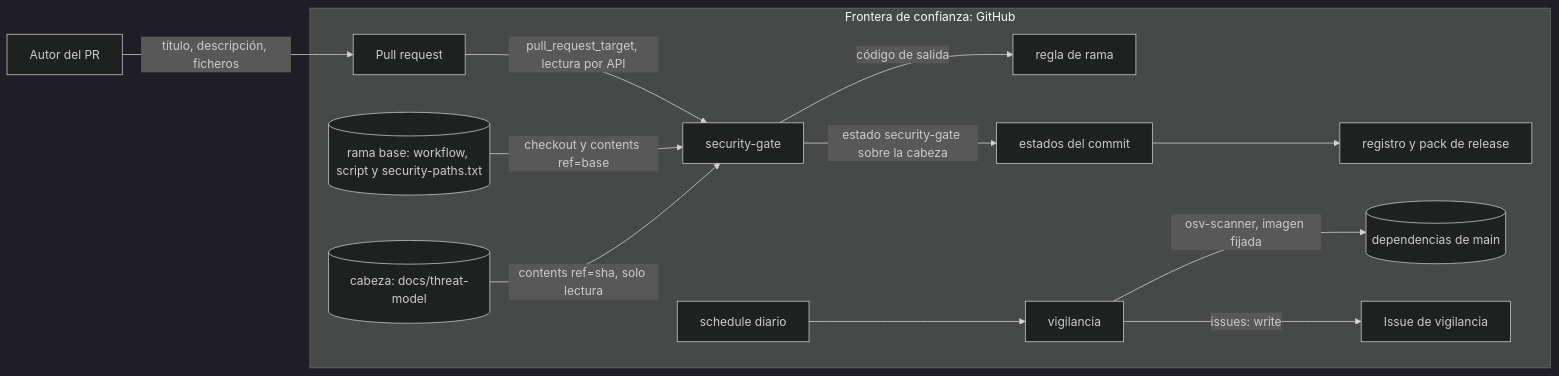
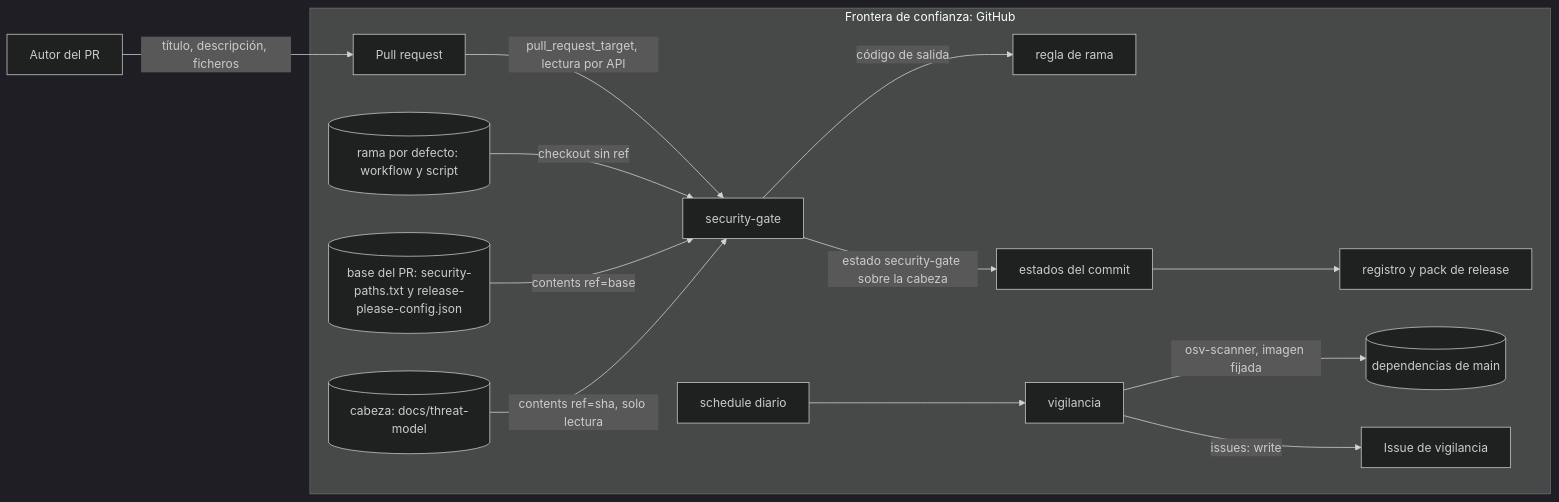
The diagram in docs/threat-model/SMC-009.md (pedri77/security-manager-control), drawn with Mermaid (dark theme) before and after one commit. The commit also changed other lines of this file and 7 other files, not shown here.

````diff
--- a/docs/threat-model/SMC-009.md
+++ b/docs/threat-model/SMC-009.md
@@ -21,15 +24,16 @@
 ```mermaid
 flowchart LR
   A[Autor del PR] -->|título, descripción, ficheros| PR[Pull request]
   subgraph GitHub[Frontera de confianza: GitHub]
     PR -->|pull_request_target, lectura por API| G[security-gate]
-    BASE[(rama base: workflow, script y security-paths.txt)] -->|checkout y contents ref=base| G
+    DEF[(rama por defecto: workflow y script)] -->|checkout sin ref| G
+    BASE[(base del PR: security-paths.txt y release-please-config.json)] -->|contents ref=base| G
     HEAD[(cabeza: docs/threat-model)] -->|contents ref=sha, solo lectura| G
     G -->|código de salida| R[regla de rama]
     G -->|estado security-gate sobre la cabeza| ST[estados del commit]
     ST --> P[registro y pack de release]
     CRON[schedule diario] --> V[vigilancia]
     V -->|osv-scanner, imagen fijada| DEPS[(dependencias de main)]
     V -->|issues: write| I[Issue de vigilancia]
   end
 ```
````
